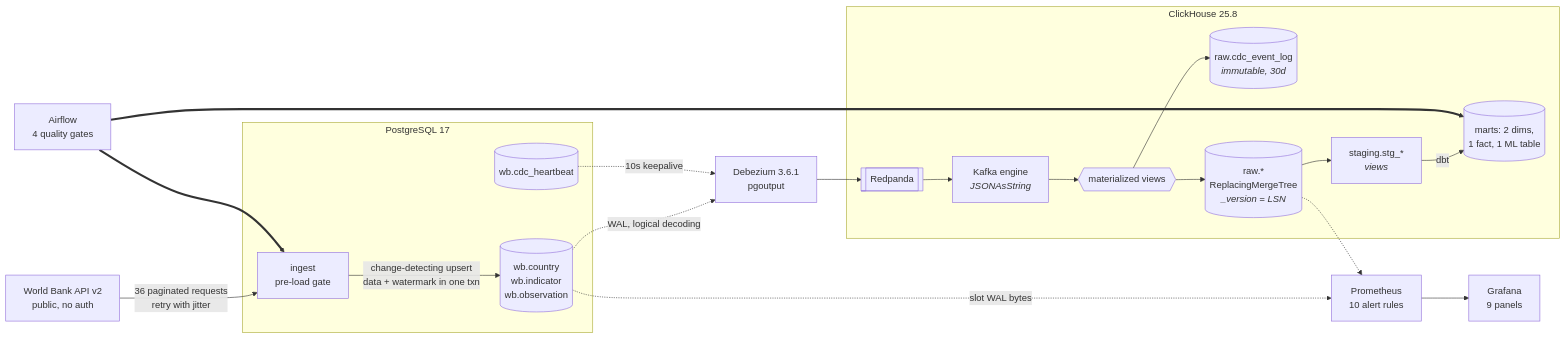
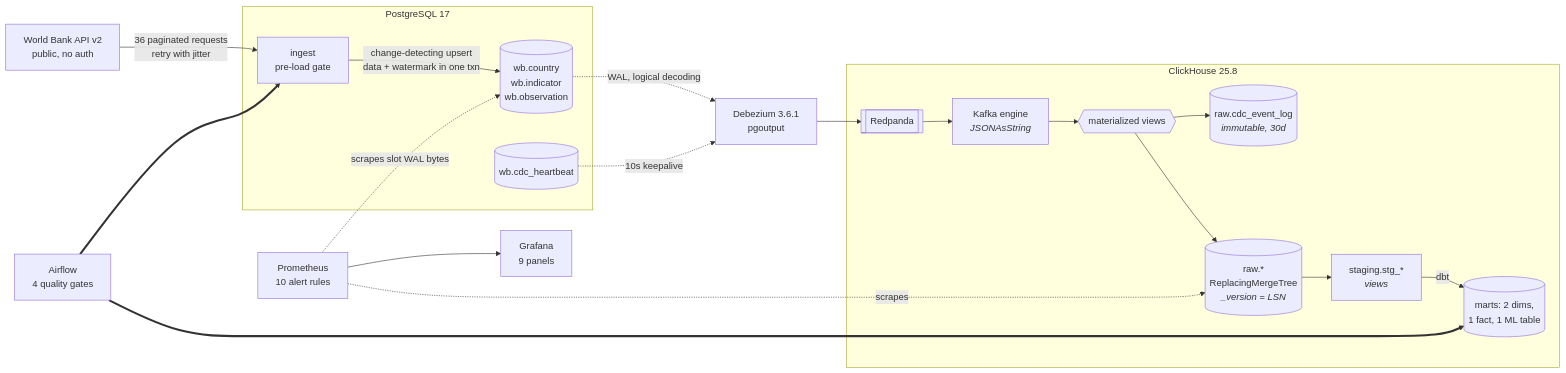
The diagram in README.md (matidesalegn/wb-cdc-analytics), drawn with Mermaid before and after one commit. The commit also changed 4 other files, not shown here.

````diff
--- a/README.md
+++ b/README.md
@@ -96,21 +96,22 @@
 ```mermaid
 flowchart LR
     API["World Bank API v2<br/>public, no auth"] -->|"36 paginated requests<br/>retry with jitter"| ING
     subgraph oltp["PostgreSQL 17"]
         ING["ingest<br/>pre-load gate"] -->|"change-detecting upsert<br/>data + watermark in one txn"| WB[("wb.country<br/>wb.indicator<br/>wb.observation")]
         HB[("wb.cdc_heartbeat")]
     end
     WB -.->|"WAL, logical decoding"| DBZ["Debezium 3.6.1<br/>pgoutput"]
     HB -.->|"10s keepalive"| DBZ
     DBZ --> RP[["Redpanda"]]
     subgraph olap["ClickHouse 25.8"]
         RP --> KE["Kafka engine<br/><i>JSONAsString</i>"] --> MV{{"materialized views"}}
         MV --> LOG[("raw.cdc_event_log<br/><i>immutable, 30d</i>")]
         MV --> RAW[("raw.*<br/>ReplacingMergeTree<br/><i>_version = LSN</i>")]
         RAW --> STG["staging.stg_*<br/><i>views</i>"] -->|dbt| MARTS[("marts: 2 dims,<br/>1 fact, 1 ML table")]
     end
     AF["Airflow<br/>4 quality gates"] ==> ING
     AF ==> MARTS
-    RAW -.-> PROM["Prometheus<br/>10 alert rules"] --> GRAF["Grafana<br/>9 panels"]
-    WB -.->|"slot WAL bytes"| PROM
+    PROM["Prometheus<br/>10 alert rules"] --> GRAF["Grafana<br/>9 panels"]
+    PROM -.->|scrapes| RAW
+    PROM -.->|"scrapes slot WAL bytes"| WB
 ```
````
